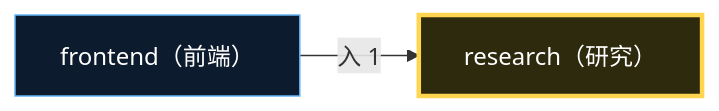
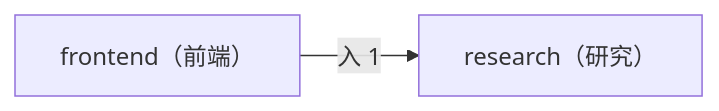
Before and after one commit to xuanFelixVan/ZephyrAlpha: the second of 2 diagrams in docs/02_enterprise_architecture/06_decision_architecture/09_decision_l2a_research.md, drawn with Mermaid. The commit also changed other lines of this file and 23 other files, not shown here.

First line of the commit message:
style(decision-diagram): 移除所有 mermaid classDef，照搬 application_flows.md 纯默认主题

````diff
--- a/docs/02_enterprise_architecture/06_decision_architecture/09_decision_l2a_research.md
+++ b/docs/02_enterprise_architecture/06_decision_architecture/09_decision_l2a_research.md
@@ -98,9 +92,6 @@
 ```mermaid
 flowchart LR
-    SELF["research（研究）"]:::selfDomain
-    EXT_frontend["frontend（前端）"]:::extDomain
+    SELF["research（研究）"]
+    EXT_frontend["frontend（前端）"]
     EXT_frontend -->|入 1| SELF
-
-    classDef selfDomain fill:#2e2a0d,stroke:#ffd54f,stroke-width:3px,color:#fff
-    classDef extDomain fill:#0d1b2e,stroke:#64b5f6,stroke-width:1px,color:#fff
 ```
````
